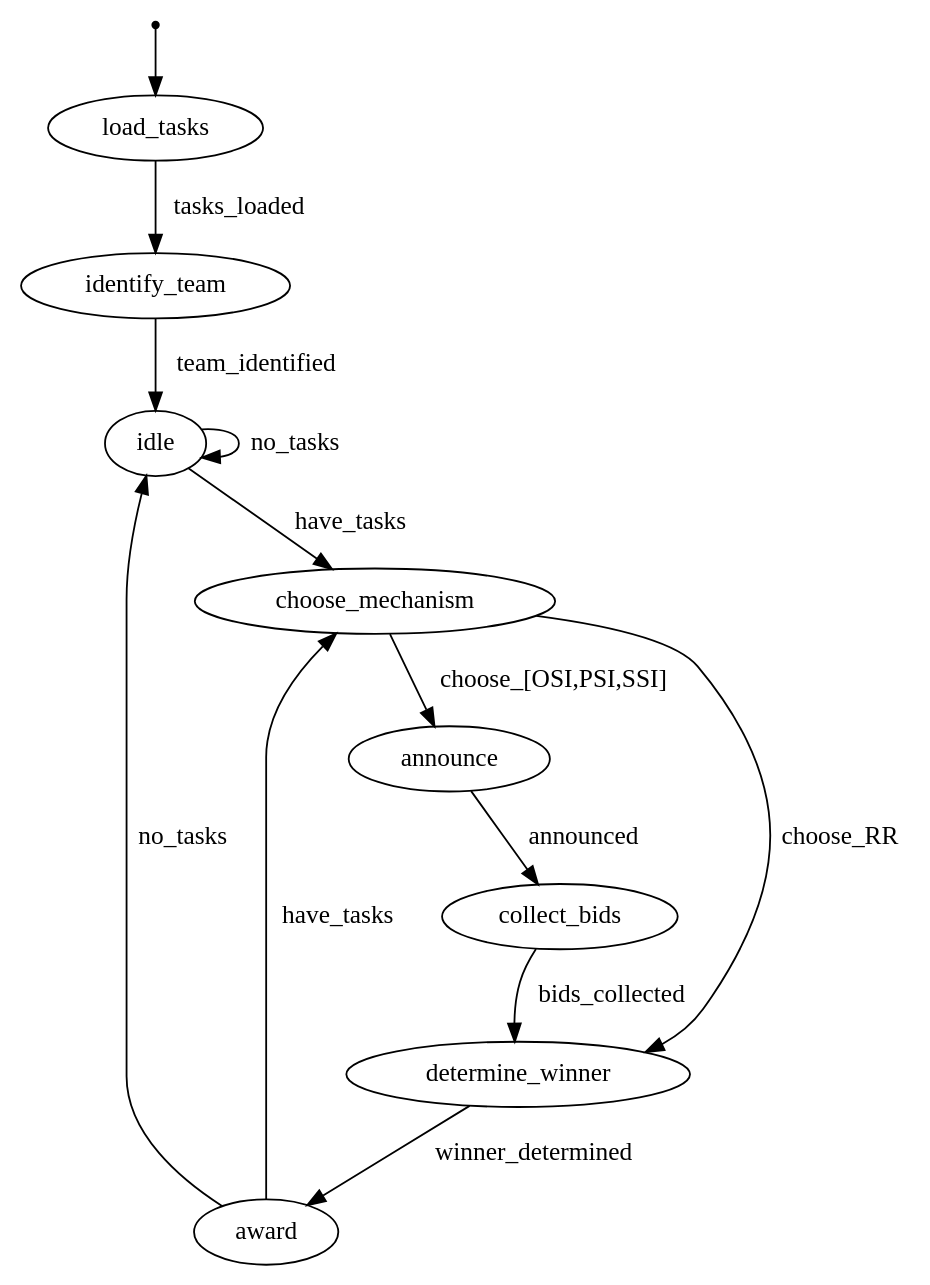
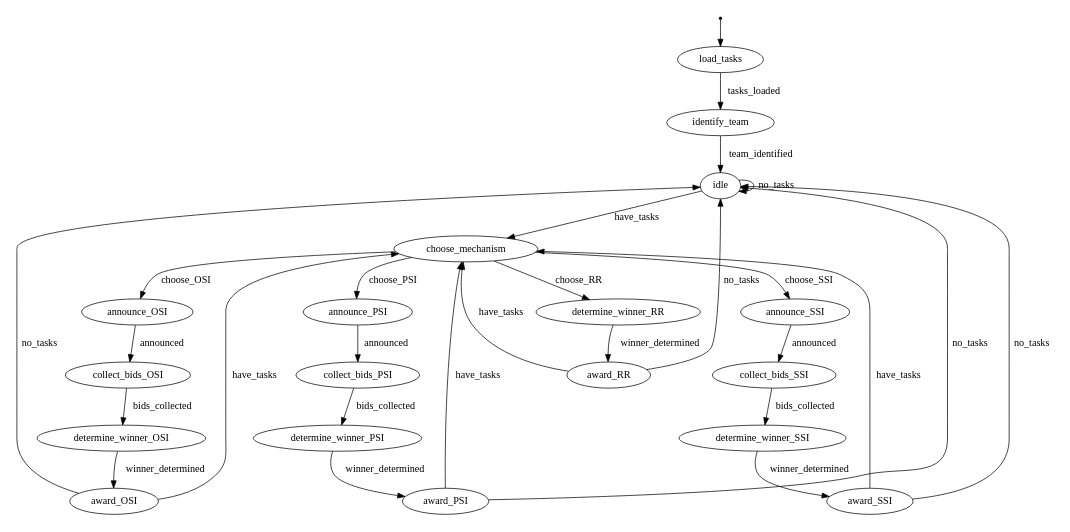
The diagram in docs/auctioneer-fsm.dot (nitsuga/MRTeAm), drawn with Graphviz before and after one commit. The commit also changed 9 other files, not shown here.

```diff
--- a/docs/auctioneer-fsm.dot
+++ b/docs/auctioneer-fsm.dot
@@ -1,34 +1,66 @@
 digraph auctioneer {
 #	rankdir=LR;
 	size="8,12"
 
 	# node [style=invis] START;
 	node [shape=point] start;
 	node [shape=ellipse, label="load_tasks"] load_tasks;
 	node [shape=ellipse, label="identify_team"] identify_team;
-#	node [shape=ellipse, label="allocate"] allocate;
-	node [shape=ellipse, label="announce"] announce;
-	node [shape=ellipse, label="collect_bids"] collect_bids;
-	node [shape=ellipse, label="determine_winner"] determine_winner;
-	node [shape=ellipse, label="award"] award;
+
+	node [shape=ellipse, label="announce_OSI"] announce_OSI;
+	node [shape=ellipse, label="collect_bids_OSI"] collect_bids_OSI;
+	node [shape=ellipse, label="determine_winner_OSI"] determine_winner_OSI;
+	node [shape=ellipse, label="award_OSI"] award_OSI;
+
+	node [shape=ellipse, label="announce_PSI"] announce_PSI;
+	node [shape=ellipse, label="collect_bids_PSI"] collect_bids_PSI;
+	node [shape=ellipse, label="determine_winner_PSI"] determine_winner_PSI;
+	node [shape=ellipse, label="award_PSI"] award_PSI;
+
+
+	node [shape=ellipse, label="announce_SSI"] announce_SSI;
+	node [shape=ellipse, label="collect_bids_SSI"] collect_bids_SSI;
+	node [shape=ellipse, label="determine_winner_SSI"] determine_winner_SSI;
+	node [shape=ellipse, label="award_SSI"] award_SSI;
+
+
+	node [shape=ellipse, label="determine_winner_RR"] determine_winner_RR;
+	node [shape=ellipse, label="award_RR"] award_RR;
+	
 	node [shape=ellipse, label="idle"] idle;
 	node [shapr=ellipse, label="choose_mechanism"] choose_mechanism;
 	
-	start          -> load_tasks;
-	load_tasks     -> identify_team [label="tasks_loaded"];
-	identify_team  -> idle [label="team_identified"];
+	start                -> load_tasks;
+	load_tasks           -> identify_team [label="tasks_loaded"];
+	identify_team        -> idle [label="team_identified"];
 
-	idle             -> choose_mechanism [label="have_tasks"];
+	idle                 -> choose_mechanism [label="have_tasks"];
 
-	choose_mechanism -> announce [label="choose_[OSI,PSI,SSI]"];
-	choose_mechanism -> determine_winner [label="choose_RR"];
+	choose_mechanism     -> announce_OSI [label="choose_OSI"];
+	announce_OSI         -> collect_bids_OSI [label="announced"];
+	collect_bids_OSI     -> determine_winner_OSI [label="bids_collected"];
+	determine_winner_OSI -> award_OSI [label="winner_determined"];
+	award_OSI            -> choose_mechanism [label="have_tasks"];
+	award_OSI            -> idle [label="no_tasks"];
 
-	announce         -> collect_bids [label="announced"];
-	collect_bids     -> determine_winner [label="bids_collected"];
-	determine_winner -> award [label="winner_determined"];
+	choose_mechanism     -> announce_PSI [label="choose_PSI"];
+	announce_PSI         -> collect_bids_PSI [label="announced"];
+	collect_bids_PSI     -> determine_winner_PSI [label="bids_collected"];
+	determine_winner_PSI -> award_PSI [label="winner_determined"];
+	award_PSI            -> choose_mechanism [label="have_tasks"];
+	award_PSI            -> idle [label="no_tasks"];
 
-	award            -> choose_mechanism [label="have_tasks"];
-	award            -> idle [label="no_tasks"];
+	choose_mechanism     -> announce_SSI [label="choose_SSI"];
+	announce_SSI         -> collect_bids_SSI [label="announced"];
+	collect_bids_SSI     -> determine_winner_SSI [label="bids_collected"];
+	determine_winner_SSI -> award_SSI [label="winner_determined"];
+	award_SSI            -> choose_mechanism [label="have_tasks"];
+	award_SSI            -> idle [label="no_tasks"];
 	
-	idle             -> idle [label="no_tasks"];
+	choose_mechanism     -> determine_winner_RR [label="choose_RR"];
+	determine_winner_RR  -> award_RR [label="winner_determined"];
+	award_RR             -> choose_mechanism [label="have_tasks"];
+	award_RR             -> idle [label="no_tasks"];
+	
+	idle                 -> idle [label="no_tasks"];
 }
```
